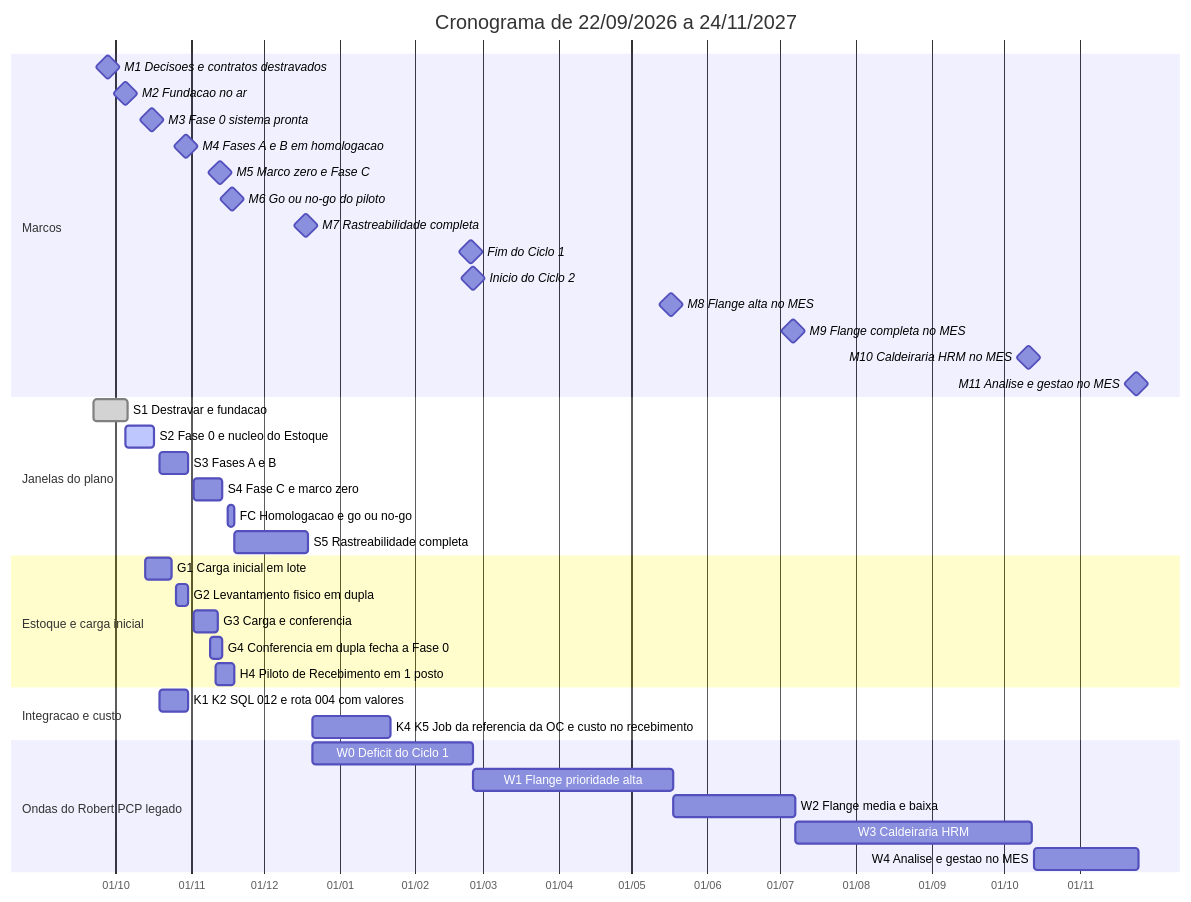
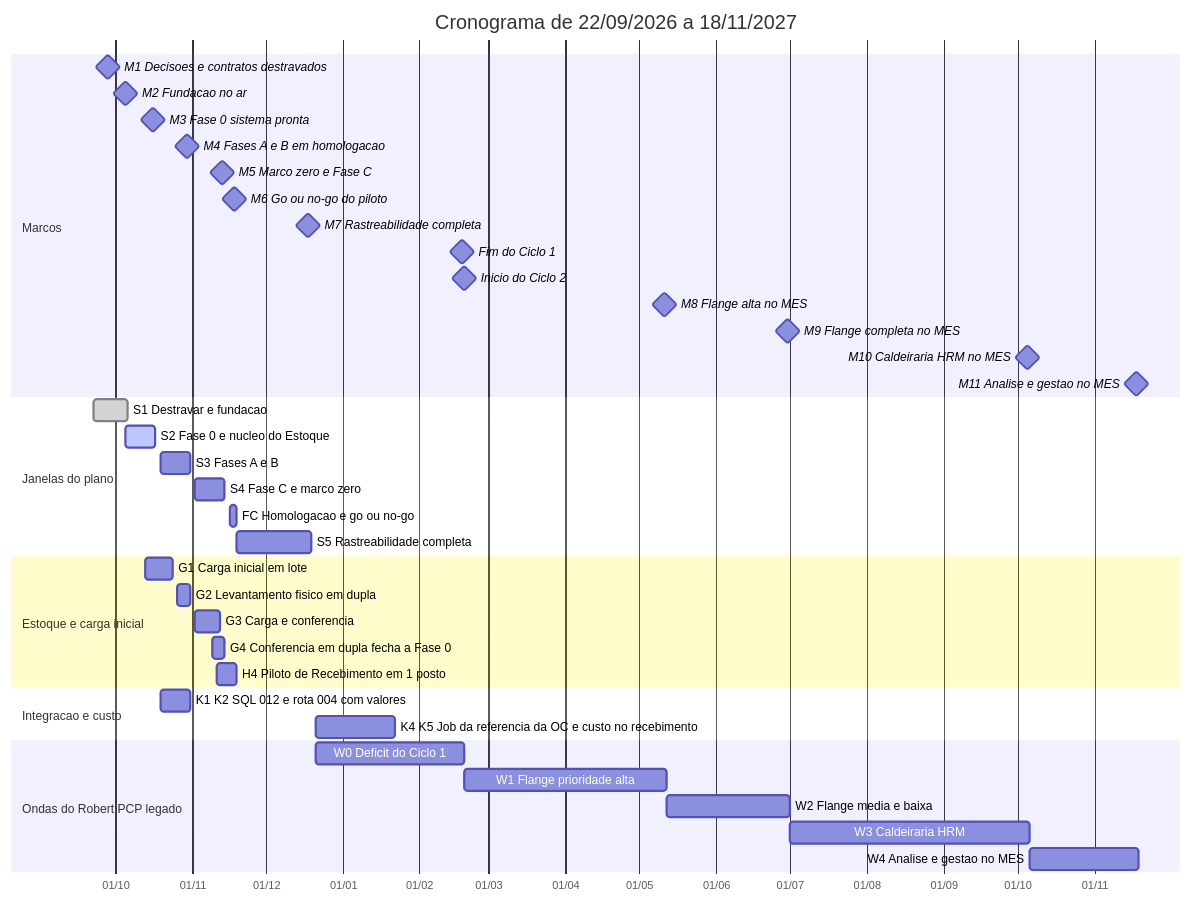
Before and after one commit to Acosvital/vault-avhub-mer: the diagram in 01-Projeto/Cronograma.md, drawn with Mermaid. The commit also changed other lines of this file and 12 other files, not shown here.

Commit message:
docs(vault): contratos API-010, API-011, LOG-53 e LOG-54; N14-31 a N14-33; crédito do K4 e cronograma (Ciclo 1 em 18/02/2027)

````diff
--- a/01-Projeto/Cronograma.md
+++ b/01-Projeto/Cronograma.md
@@ -91,43 +91,43 @@
 ```mermaid
 gantt
-    title Cronograma de 22/09/2026 a 24/11/2027
+    title Cronograma de 22/09/2026 a 18/11/2027
     dateFormat YYYY-MM-DD
     axisFormat %d/%m
     inclusiveEndDates
     section Marcos
     M1 Decisoes e contratos destravados :milestone, m1, 2026-09-28, 0d
     M2 Fundacao no ar :milestone, m2, 2026-10-05, 0d
     M3 Fase 0 sistema pronta :milestone, m3, 2026-10-16, 0d
     M4 Fases A e B em homologacao :milestone, m4, 2026-10-30, 0d
     M5 Marco zero e Fase C :milestone, m5, 2026-11-13, 0d
     M6 Go ou no-go do piloto :milestone, m6, 2026-11-18, 0d
     M7 Rastreabilidade completa :milestone, m7, 2026-12-18, 0d
-    Fim do Ciclo 1 :milestone, mc1, 2027-02-24, 0d
-    Inicio do Ciclo 2 :milestone, mc2, 2027-02-25, 0d
-    M8 Flange alta no MES :milestone, m8, 2027-05-17, 0d
-    M9 Flange completa no MES :milestone, m9, 2027-07-06, 0d
-    M10 Caldeiraria HRM no MES :milestone, m10, 2027-10-11, 0d
-    M11 Analise e gestao no MES :milestone, m11, 2027-11-24, 0d
+    Fim do Ciclo 1 :milestone, mc1, 2027-02-18, 0d
+    Inicio do Ciclo 2 :milestone, mc2, 2027-02-19, 0d
+    M8 Flange alta no MES :milestone, m8, 2027-05-11, 0d
+    M9 Flange completa no MES :milestone, m9, 2027-06-30, 0d
+    M10 Caldeiraria HRM no MES :milestone, m10, 2027-10-05, 0d
+    M11 Analise e gestao no MES :milestone, m11, 2027-11-18, 0d
     section Janelas do plano
     S1 Destravar e fundacao :done, s1, 2026-09-22, 2026-10-05
     S2 Fase 0 e nucleo do Estoque :active, s2, 2026-10-05, 2026-10-16
     S3 Fases A e B :s3, 2026-10-19, 2026-10-30
     S4 Fase C e marco zero :s4, 2026-11-02, 2026-11-13
     FC Homologacao e go ou no-go :fc, 2026-11-16, 2026-11-18
     S5 Rastreabilidade completa :s5, 2026-11-19, 2026-12-18
     section Estoque e carga inicial
     G1 Carga inicial em lote :g1, 2026-10-13, 2026-10-23
     G2 Levantamento fisico em dupla :g2, 2026-10-26, 2026-10-30
     G3 Carga e conferencia :g3, 2026-11-02, 2026-11-11
     G4 Conferencia em dupla fecha a Fase 0 :g4, 2026-11-09, 2026-11-13
     H4 Piloto de Recebimento em 1 posto :h4, 2026-11-11, 2026-11-18
     section Integracao e custo
     K1 K2 SQL 012 e rota 004 com valores :k12, 2026-10-19, 2026-10-30
     K4 K5 Job da referencia da OC e custo no recebimento :k45, 2026-12-21, 2027-01-21
     section Ondas do Robert PCP legado
-    W0 Deficit do Ciclo 1 :w0, 2026-12-21, 2027-02-24
-    W1 Flange prioridade alta :w1, 2027-02-25, 2027-05-17
-    W2 Flange media e baixa :w2, 2027-05-18, 2027-07-06
-    W3 Caldeiraria HRM :w3, 2027-07-07, 2027-10-11
-    W4 Analise e gestao no MES :w4, 2027-10-13, 2027-11-24
+    W0 Deficit do Ciclo 1 :w0, 2026-12-21, 2027-02-18
+    W1 Flange prioridade alta :w1, 2027-02-19, 2027-05-11
+    W2 Flange media e baixa :w2, 2027-05-12, 2027-06-30
+    W3 Caldeiraria HRM :w3, 2027-07-01, 2027-10-05
+    W4 Analise e gestao no MES :w4, 2027-10-06, 2027-11-18
 ```
````
